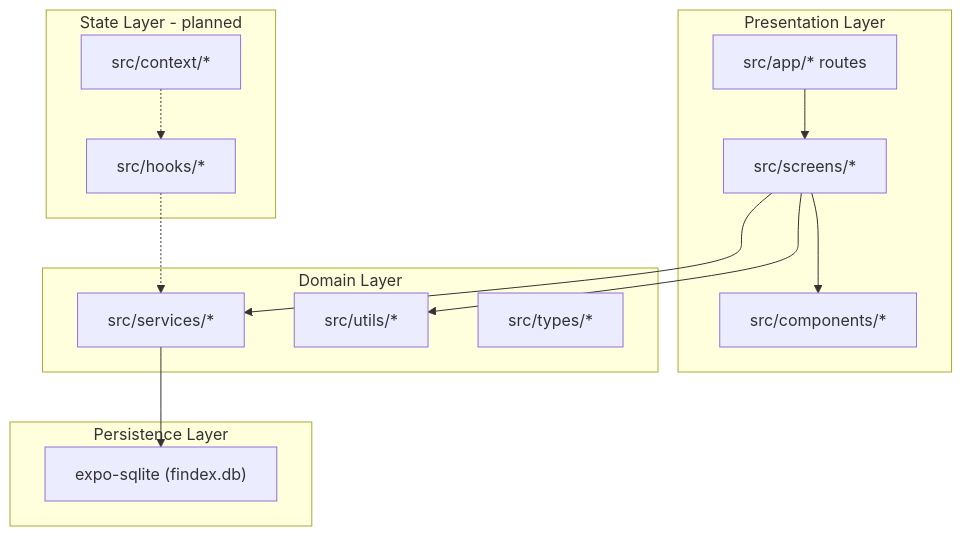
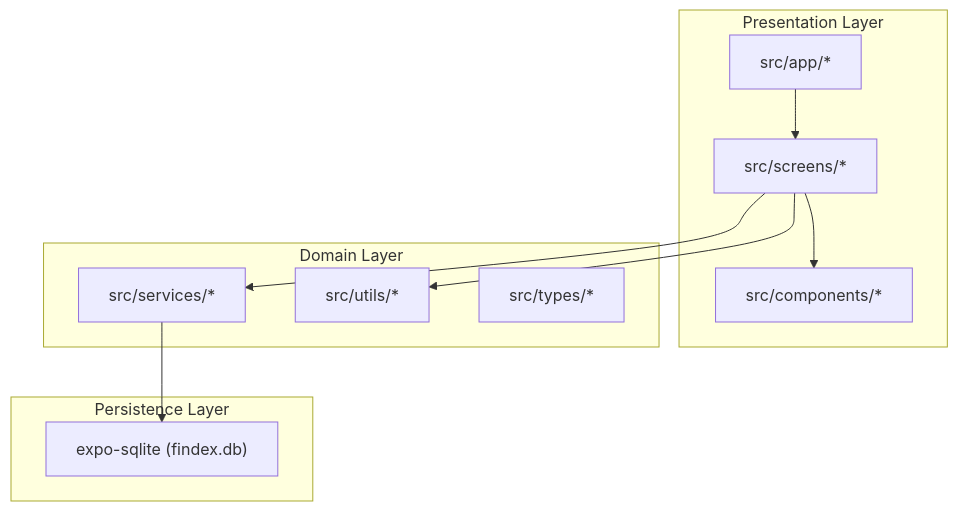
The first of 4 diagrams in docs/PROJECT_ARCHITECTURE.md (Mitko-M/FinDash), drawn with Mermaid before and after one commit. The commit also changed other lines of this file and 3 other files, not shown here.

````diff
--- a/docs/PROJECT_ARCHITECTURE.md
+++ b/docs/PROJECT_ARCHITECTURE.md
@@ -28,31 +26,24 @@
 ```mermaid
 flowchart TB
     subgraph presentation [Presentation Layer]
-        Routes["src/app/* routes"]
+        Routes["src/app/*"]
         Screens["src/screens/*"]
         Components["src/components/*"]
-    end
-
-    subgraph state [State Layer - planned]
-        Context["src/context/*"]
-        Hooks["src/hooks/*"]
     end
 
     subgraph domain [Domain Layer]
         Services["src/services/*"]
         Utils["src/utils/*"]
         Types["src/types/*"]
     end
 
     subgraph persistence [Persistence Layer]
         SQLite["expo-sqlite (findex.db)"]
     end
 
     Routes --> Screens
     Screens --> Components
     Screens --> Services
     Screens --> Utils
     Services --> SQLite
-    Context -.-> Hooks
-    Hooks -.-> Services
 ```
````
